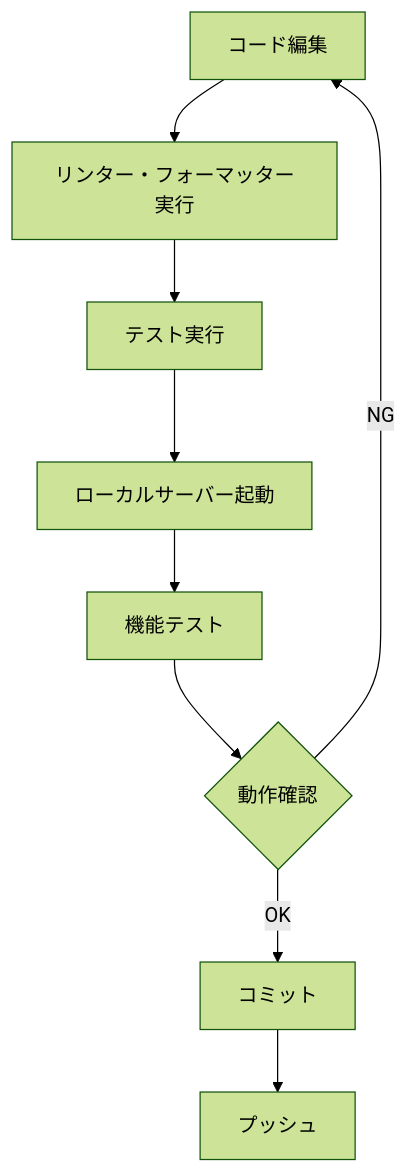
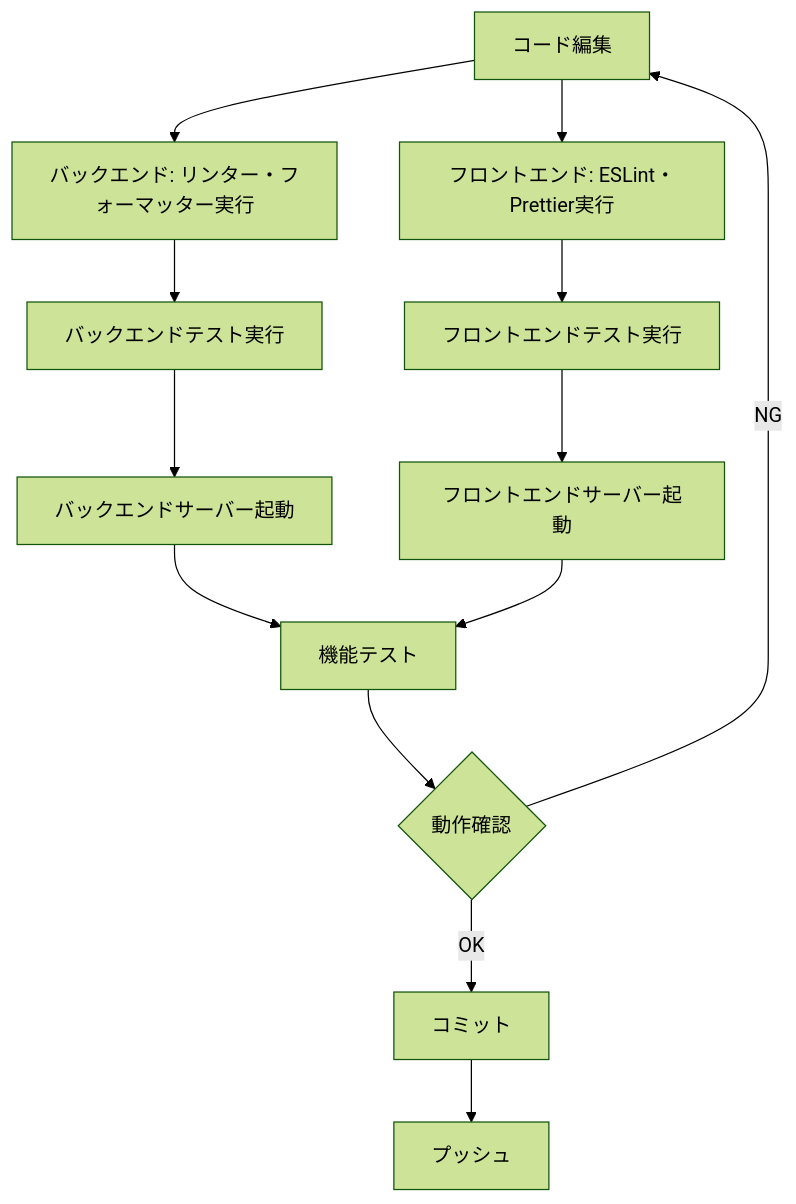
The diagram in docs/DEVELOPMENT_SETUP.md (NewAITees/Obsidian-Concierge), drawn with Mermaid (forest theme) before and after one commit. The commit also changed other lines of this file and 41 other files, not shown here.

````diff
--- a/docs/DEVELOPMENT_SETUP.md
+++ b/docs/DEVELOPMENT_SETUP.md
@@ -113,11 +152,15 @@
 ```mermaid
 graph TD
-    A[コード編集] --> B[リンター・フォーマッター実行]
-    B --> C[テスト実行]
-    C --> D[ローカルサーバー起動]
-    D --> E[機能テスト]
+    A[コード編集] --> B1[バックエンド: リンター・フォーマッター実行]
+    A --> B2[フロントエンド: ESLint・Prettier実行]
+    B1 --> C1[バックエンドテスト実行]
+    B2 --> C2[フロントエンドテスト実行]
+    C1 --> D1[バックエンドサーバー起動]
+    C2 --> D2[フロントエンドサーバー起動]
+    D1 --> E[機能テスト]
+    D2 --> E
     E --> F{動作確認}
     F -->|OK| G[コミット]
     F -->|NG| A
     G --> H[プッシュ]
 ```
````
